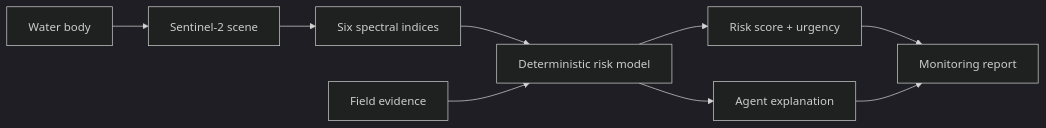
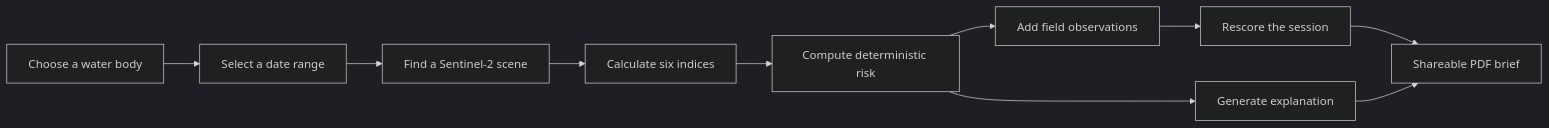
The first of 3 diagrams in README.md (RidhimaKulashriz/aqua-lens), drawn with Mermaid (dark theme) before and after one commit. The commit also changed other lines of this file, not shown here.

````diff
--- a/README.md
+++ b/README.md
@@ -60,11 +56,12 @@
 ```mermaid
 flowchart LR
-  A[Water body] --> B[Sentinel-2 scene]
-  B --> C[Six spectral indices]
-  C --> D[Deterministic risk model]
-  D --> E[Risk score + urgency]
-  D --> F[Agent explanation]
-  G[Field evidence] --> D
-  E --> H[Monitoring report]
-  F --> H
+    A[Choose a water body] --> B[Select a date range]
+    B --> C[Find a Sentinel-2 scene]
+    C --> D[Calculate six indices]
+    D --> E[Compute deterministic risk]
+    E --> F[Add field observations]
+    F --> G[Rescore the session]
+    E --> H[Generate explanation]
+    G --> I[Shareable PDF brief]
+    H --> I
 ```
````
